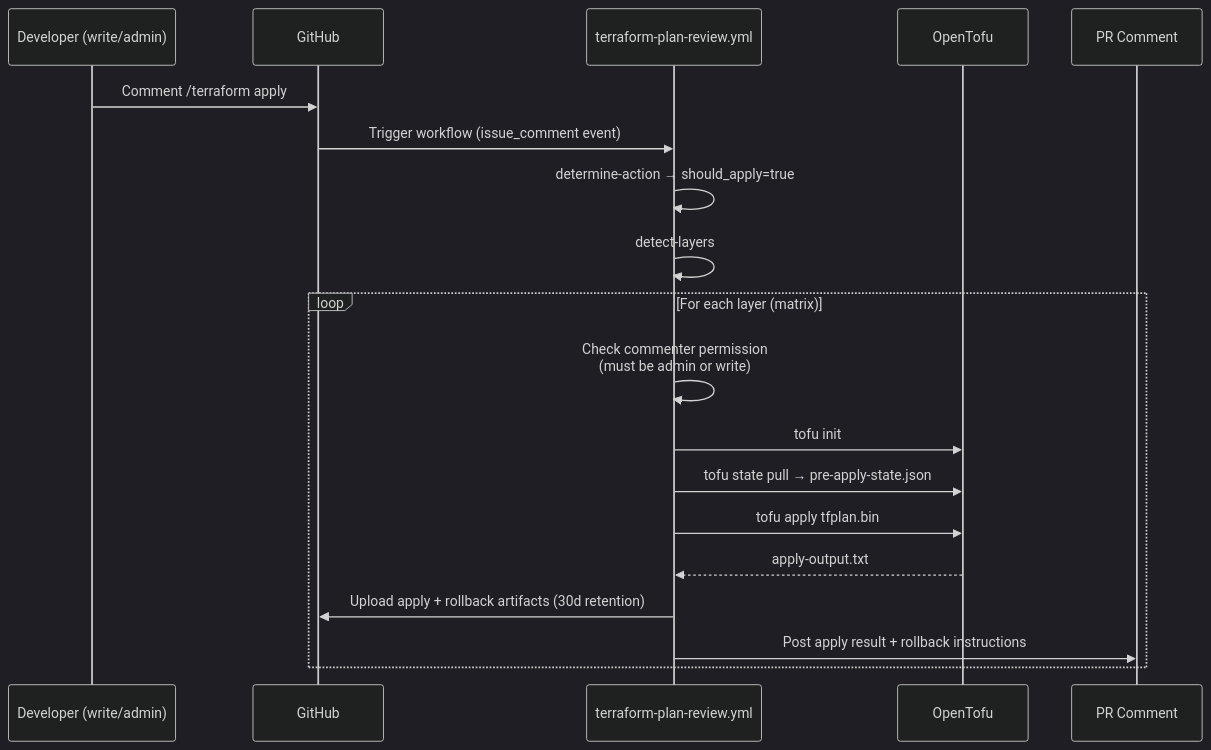
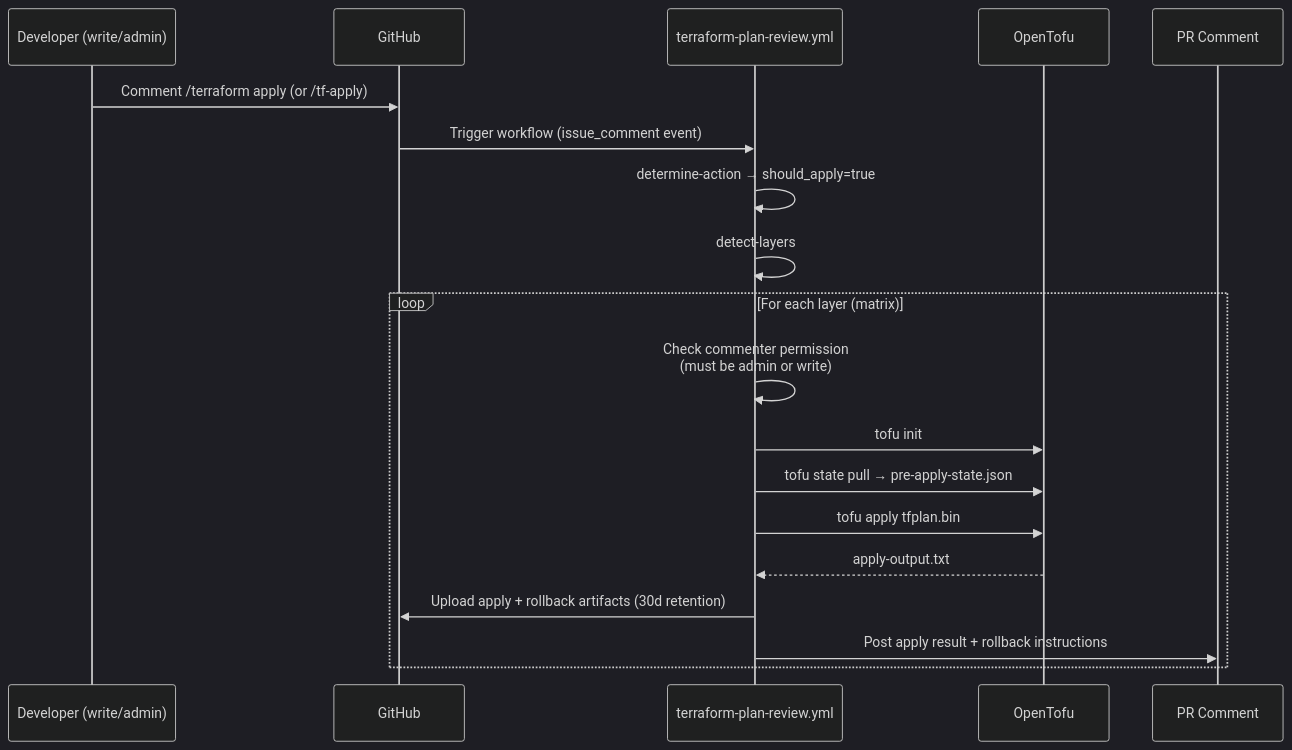
One commit to binbashar/le-tf-infra-aws changed the second of 4 diagrams in .github/docs/claude-workflows.md. Above: the diagram before and after it, drawn with Mermaid (dark theme). The commit also changed other lines of this file and 1 other file, not shown here.

First line of the commit message:
feat: add /tf-plan and /tf-apply short aliases for PR comments

````diff
--- a/.github/docs/claude-workflows.md
+++ b/.github/docs/claude-workflows.md
@@ -57,24 +57,24 @@
 ```mermaid
 sequenceDiagram
     participant Dev as Developer (write/admin)
     participant GH as GitHub
     participant WF as terraform-plan-review.yml
     participant Tofu as OpenTofu
     participant PR as PR Comment
 
-    Dev->>GH: Comment /terraform apply
+    Dev->>GH: Comment /terraform apply (or /tf-apply)
     GH->>WF: Trigger workflow (issue_comment event)
 
     WF->>WF: determine-action → should_apply=true
     WF->>WF: detect-layers
 
     loop For each layer (matrix)
         WF->>WF: Check commenter permission<br/>(must be admin or write)
         WF->>Tofu: tofu init
         WF->>Tofu: tofu state pull → pre-apply-state.json
         WF->>Tofu: tofu apply tfplan.bin
         Tofu-->>WF: apply-output.txt
         WF->>GH: Upload apply + rollback artifacts (30d retention)
         WF->>PR: Post apply result + rollback instructions
     end
 ```
````
